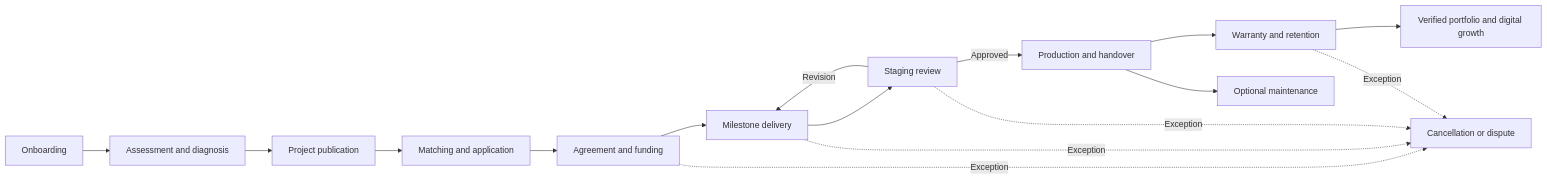
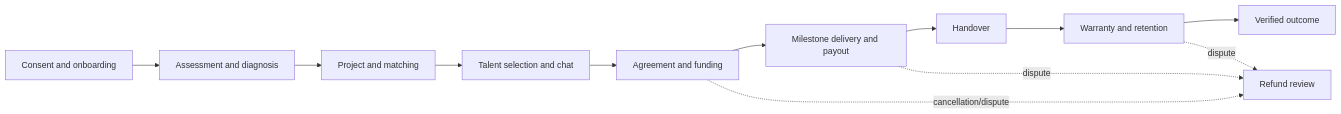
Before and after one commit to jajakiman/CocokIn: the first of 6 diagrams in docs/BUSINESS_FLOW.md, drawn with Mermaid. The commit also changed other lines of this file and 106 other files, not shown here.

````diff
--- a/docs/BUSINESS_FLOW.md
+++ b/docs/BUSINESS_FLOW.md
@@ -20,18 +18,14 @@
 ```mermaid
 flowchart LR
-    A[Onboarding] --> B[Assessment and diagnosis]
-    B --> C[Project publication]
-    C --> D[Matching and application]
-    D --> E[Agreement and funding]
-    E --> F[Milestone delivery]
-    F --> G[Staging review]
-    G -->|Revision| F
-    G -->|Approved| H[Production and handover]
-    H --> I[Warranty and retention]
-    I --> J[Verified portfolio and digital growth]
-    H --> K[Optional maintenance]
-    E -. Exception .-> L[Cancellation or dispute]
-    F -. Exception .-> L
-    G -. Exception .-> L
-    I -. Exception .-> L
+  A[Consent and onboarding] --> B[Assessment and diagnosis]
+  B --> C[Project and matching]
+  C --> D[Talent selection and chat]
+  D --> E[Agreement and funding]
+  E --> F[Milestone delivery and payout]
+  F --> G[Handover]
+  G --> H[Warranty and retention]
+  H --> I[Verified outcome]
+  E -. cancellation/dispute .-> J[Refund review]
+  F -. dispute .-> J
+  H -. dispute .-> J
 ```
````
